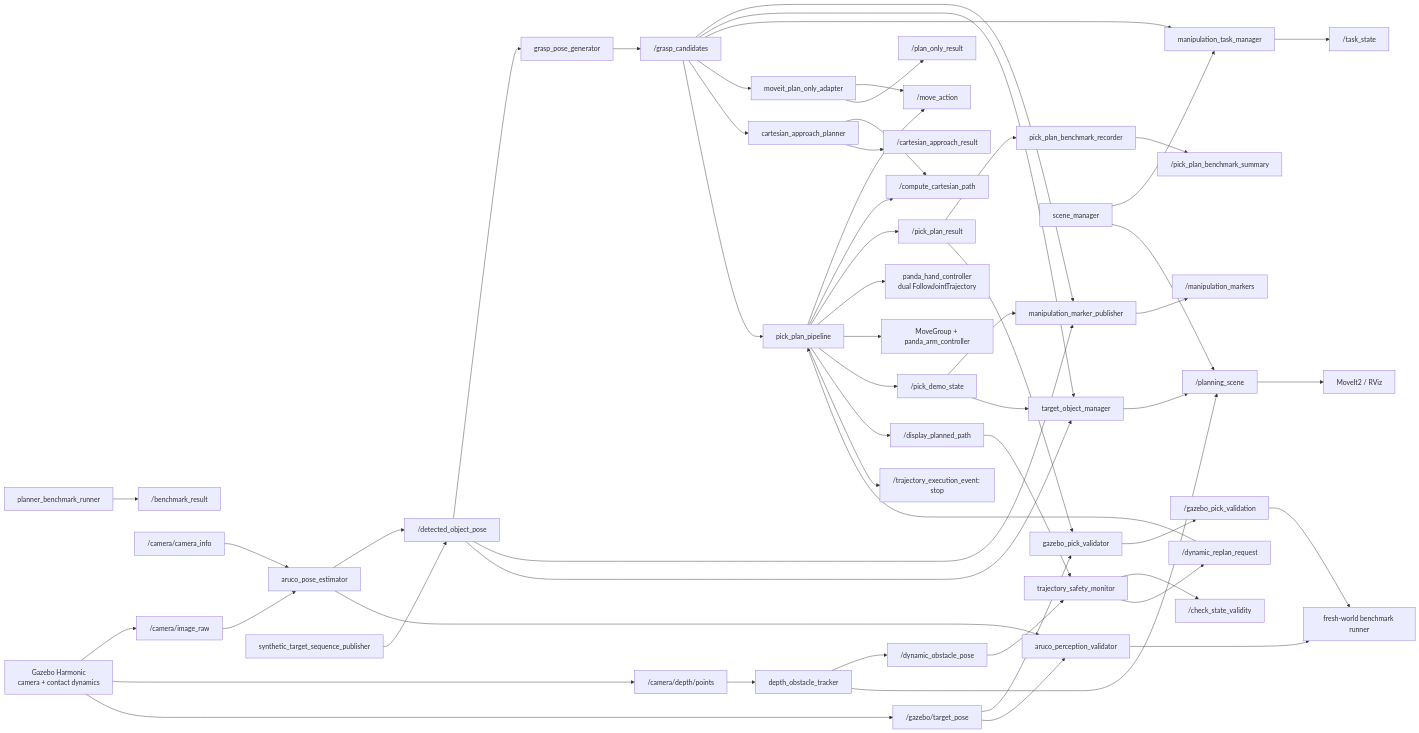
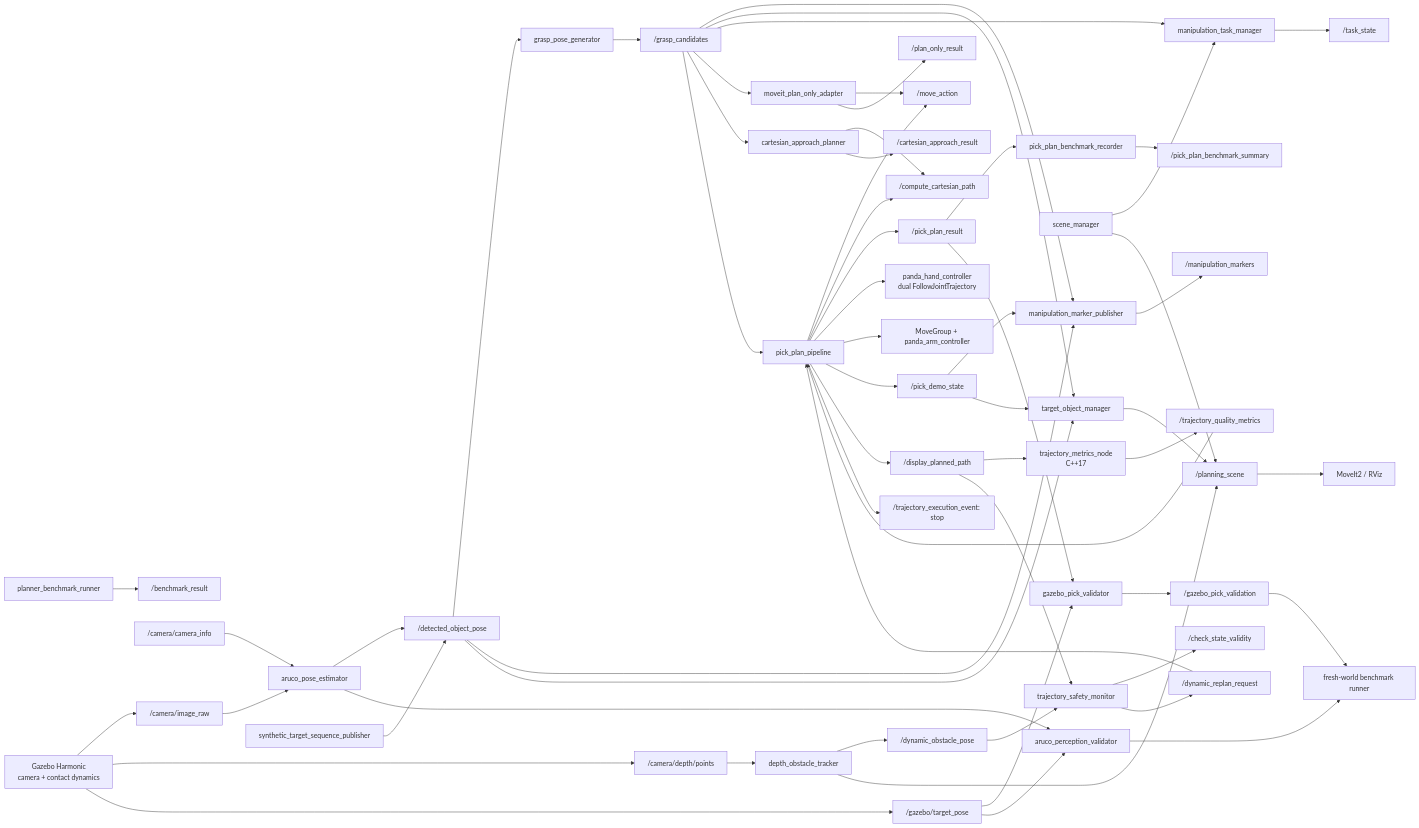
One commit to 0216Feng/panda-rgbd-manipulation changed the diagram in docs/architecture.md. Above: the diagram before and after it, drawn with Mermaid. The commit also changed other lines of this file and 34 other files, not shown here.

Commit message:
feat: add C++ trajectory quality telemetry

````diff
--- a/docs/architecture.md
+++ b/docs/architecture.md
@@ -7,58 +7,61 @@
 ```mermaid
 flowchart LR
   Camera["/camera/image_raw"] --> Vision["aruco_pose_estimator"]
   CameraInfo["/camera/camera_info"] --> Vision
   Vision --> Pose["/detected_object_pose"]
   Pose --> Grasp["grasp_pose_generator"]
   Grasp --> Candidates["/grasp_candidates"]
   Pose --> Markers["manipulation_marker_publisher"]
   Candidates --> Markers
   Markers --> MarkerTopic["/manipulation_markers"]
   Pose --> TargetManager["target_object_manager"]
   Candidates --> TargetManager
   Candidates --> Task["manipulation_task_manager"]
   Scene["scene_manager"] --> Task
   Scene --> PlanningScene["/planning_scene"]
   TargetManager --> PlanningScene
   PlanningScene --> MoveIt["MoveIt2 / RViz"]
   Candidates --> PlanOnly["moveit_plan_only_adapter"]
   PlanOnly --> MoveAction["/move_action"]
   PlanOnly --> PlanResult["/plan_only_result"]
   Candidates --> Cartesian["cartesian_approach_planner"]
   Cartesian --> CartesianSrv["/compute_cartesian_path"]
   Cartesian --> CartesianResult["/cartesian_approach_result"]
   Candidates --> PickPipeline["pick_plan_pipeline"]
   PickPipeline --> MoveAction
   PickPipeline --> CartesianSrv
   PickPipeline --> PickResult["/pick_plan_result"]
   PickPipeline --> HandController["panda_hand_controller<br/>dual FollowJointTrajectory"]
   PickPipeline --> ArmController["MoveGroup + panda_arm_controller"]
   PickPipeline --> DemoState["/pick_demo_state"]
   DemoState --> Markers
   DemoState --> TargetManager
   Sequence["synthetic_target_sequence_publisher"] --> Pose
   PickResult --> Recorder["pick_plan_benchmark_recorder"]
   Recorder --> BenchmarkSummary["/pick_plan_benchmark_summary"]
   Gazebo["Gazebo Harmonic<br/>camera + contact dynamics"] --> Camera
   Gazebo --> DepthPoints["/camera/depth/points"]
   DepthPoints --> DepthTracker["depth_obstacle_tracker"]
   DepthTracker --> DynamicPose["/dynamic_obstacle_pose"]
   DepthTracker --> PlanningScene
   PickPipeline --> DisplayPath["/display_planned_path"]
+  DisplayPath --> QualityMetrics["trajectory_metrics_node<br/>C++17"]
+  QualityMetrics --> QualityTopic["/trajectory_quality_metrics"]
+  QualityTopic --> PickPipeline
   DisplayPath --> SafetyMonitor["trajectory_safety_monitor"]
   DynamicPose --> SafetyMonitor
   SafetyMonitor --> StateValidity["/check_state_validity"]
   SafetyMonitor --> ReplanRequest["/dynamic_replan_request"]
   ReplanRequest --> PickPipeline
   PickPipeline --> StopEvent["/trajectory_execution_event: stop"]
   Gazebo --> GazeboPose["/gazebo/target_pose"]
   GazeboPose --> Validator["gazebo_pick_validator"]
   PickResult --> Validator
   Validator --> PhysicalResult["/gazebo_pick_validation"]
   PhysicalResult --> PhysicsBenchmark["fresh-world benchmark runner"]
   Vision --> PerceptionValidator["aruco_perception_validator"]
   GazeboPose --> PerceptionValidator
   PerceptionValidator --> PhysicsBenchmark
   Task --> State["/task_state"]
   Bench["planner_benchmark_runner"] --> Result["/benchmark_result"]
 ```
````
